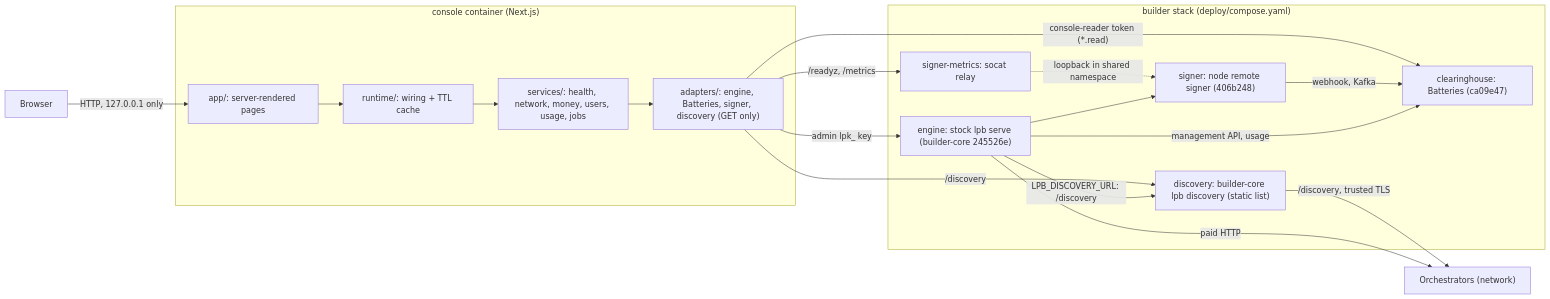
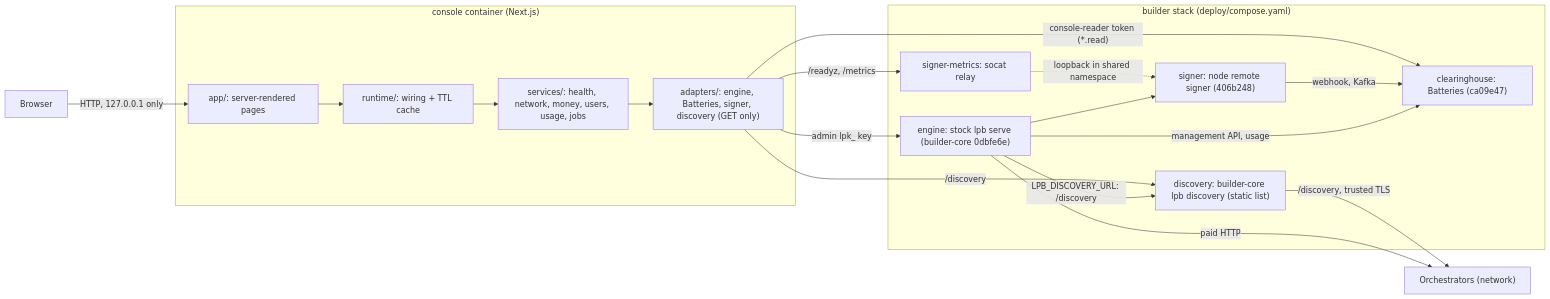
One commit to NE-Build-Track/builder-core-console changed the first of 2 diagrams in ARCHITECTURE.md. Above: the diagram before and after it, drawn with Mermaid. The commit also changed 6 other files, not shown here.

First line of the commit message:
Re-pin to builder-core 0dbfe6e: JWT review round 2 (D49)

````diff
--- a/ARCHITECTURE.md
+++ b/ARCHITECTURE.md
@@ -9,27 +9,27 @@
 ```mermaid
 flowchart LR
     Browser["Browser"]
     subgraph Console["console container (Next.js)"]
         Pages["app/: server-rendered pages"]
         RT["runtime/: wiring + TTL cache"]
         SVC["services/: health, network, money, users, usage, jobs"]
         AD["adapters/: engine, Batteries, signer, discovery (GET only)"]
     end
     subgraph Stack["builder stack (deploy/compose.yaml)"]
-        Engine["engine: stock lpb serve (builder-core 245526e)"]
+        Engine["engine: stock lpb serve (builder-core 0dbfe6e)"]
         Bat["clearinghouse: Batteries (ca09e47)"]
         Signer["signer: node remote signer (406b248)"]
         Relay["signer-metrics: socat relay"]
         Disc["discovery: builder-core lpb discovery (static list)"]
     end
     Orch["Orchestrators (network)"]
     Browser -->|"HTTP, 127.0.0.1 only"| Pages --> RT --> SVC --> AD
     AD -->|"admin lpk_ key"| Engine
     AD -->|"console-reader token (*.read)"| Bat
     AD -->|"/discovery"| Disc
     AD -->|"/readyz, /metrics"| Relay -.->|"loopback in shared namespace"| Signer
     Engine --> Signer -->|"webhook, Kafka"| Bat
     Engine -->|"LPB_DISCOVERY_URL: /discovery"| Disc -->|"/discovery, trusted TLS"| Orch
     Engine -->|"paid HTTP"| Orch
     Engine -->|"management API, usage"| Bat
 ```
````
